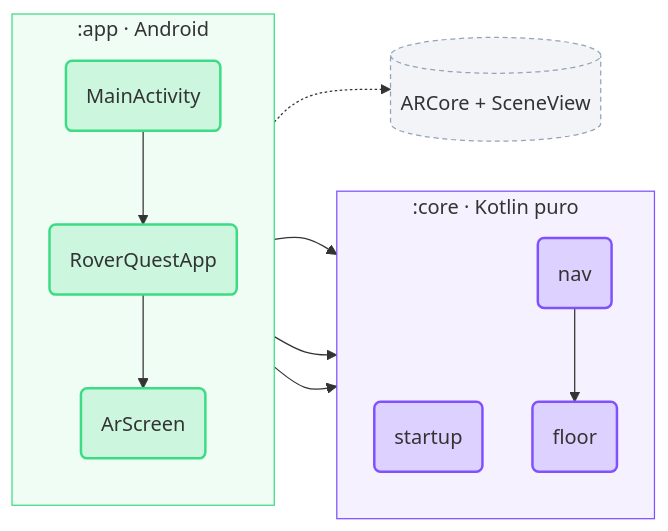
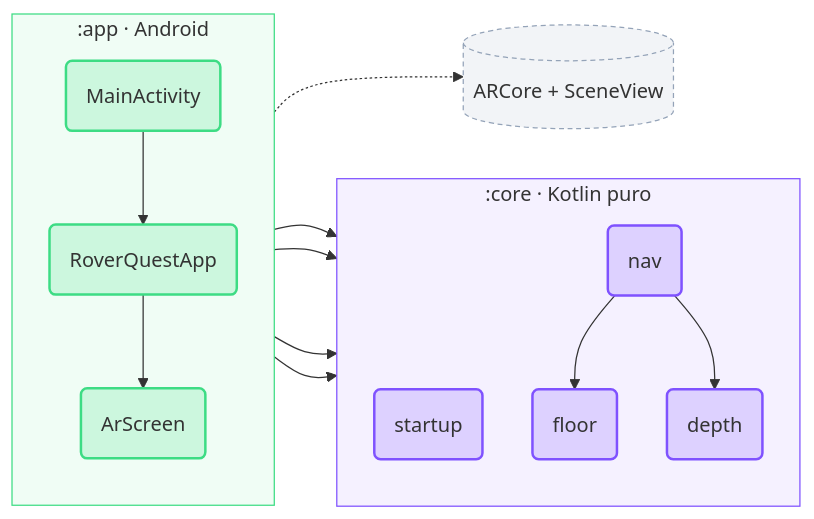
The first of 3 diagrams in game/README.md (lianeheidemann/rover-quest-mr), drawn with Mermaid before and after one commit. The commit also changed other lines of this file, not shown here.

First line of the commit message:
docs: bring game/README.md up to date with depth, map and rover motion

````diff
--- a/game/README.md
+++ b/game/README.md
@@ -30,41 +30,44 @@
 ```mermaid
 ---
 config:
   flowchart:
     curve: basis
     nodeSpacing: 40
     rankSpacing: 50
     padding: 16
 ---
 flowchart LR
     subgraph app [":app · Android"]
         direction TB
         Main("MainActivity") --> App("RoverQuestApp") --> Ar("ArScreen")
     end
     subgraph core [":core · Kotlin puro"]
         direction TB
         startup("startup")
         floor("floor")
+        depth("depth")
         nav("nav")
     end
     ARCore[("ARCore + SceneView")]
 
     App --> startup
     Ar --> floor
+    Ar --> depth
     Ar --> nav
     nav --> floor
+    nav --> depth
     Ar -.-> ARCore
 
     class Main,App,Ar android
-    class startup,floor,nav kotlin
+    class startup,floor,depth,nav kotlin
     class ARCore external
 
     %% Translucent fills and no fixed text color: GitHub picks the light or dark
     %% Mermaid theme from the viewer's setting, and these colors work on both.
     classDef android fill:#3DDC8433,stroke:#3DDC84,stroke-width:2px
     classDef kotlin fill:#7F52FF33,stroke:#7F52FF,stroke-width:2px
     classDef external fill:#94A3B81F,stroke:#94A3B8,stroke-width:1px,stroke-dasharray:4 3
     classDef start fill:#F5A62340,stroke:#F5A623,stroke-width:2px
     style app fill:#3DDC8414,stroke:#3DDC84,stroke-width:1px
     style core fill:#7F52FF14,stroke:#7F52FF,stroke-width:1px
 ```
````
